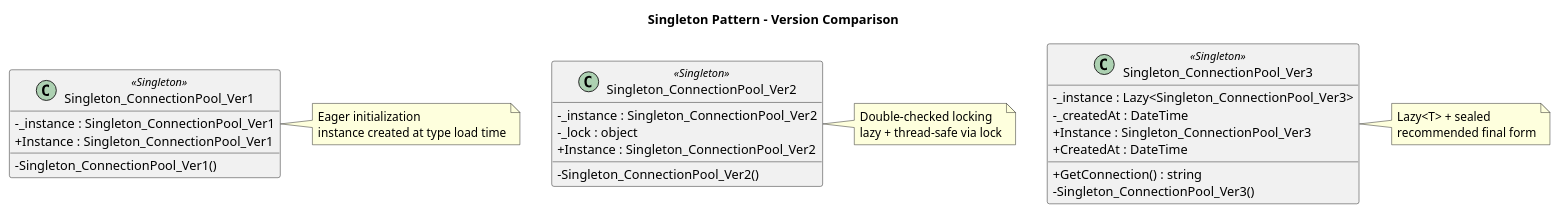
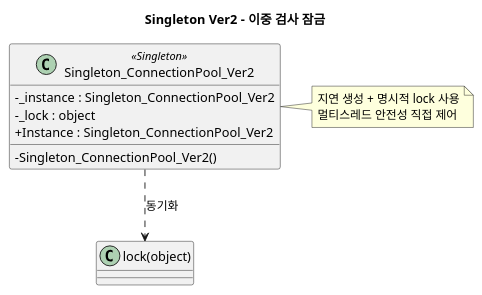
One commit to newbigwater/Design-Pattern changed the second of 3 diagrams in doc/01. Creational Pattern/01.01. Signleton.md. Above: the diagram before and after it, drawn with PlantUML. The commit also changed other lines of this file and 19 other files, not shown here.

````diff
--- a/doc/01. Creational Pattern/01.01. Signleton.md
+++ b/doc/01. Creational Pattern/01.01. Signleton.md
@@ -246,43 +94,21 @@
 ```plantuml
 @startuml
-title Singleton Pattern - Version Comparison
+title Singleton Ver2 - 이중 검사 잠금
 skinparam classAttributeIconSize 0
-
-class Singleton_ConnectionPool_Ver1 <<Singleton>> {
-  - _instance : Singleton_ConnectionPool_Ver1
-  + Instance : Singleton_ConnectionPool_Ver1
-  - Singleton_ConnectionPool_Ver1()
-}
 
 class Singleton_ConnectionPool_Ver2 <<Singleton>> {
   - _instance : Singleton_ConnectionPool_Ver2
   - _lock : object
   + Instance : Singleton_ConnectionPool_Ver2
   - Singleton_ConnectionPool_Ver2()
 }
 
-class Singleton_ConnectionPool_Ver3 <<Singleton>> {
-  - _instance : Lazy<Singleton_ConnectionPool_Ver3>
-  - _createdAt : DateTime
-  + Instance : Singleton_ConnectionPool_Ver3
-  + CreatedAt : DateTime
-  + GetConnection() : string
-  - Singleton_ConnectionPool_Ver3()
-}
-
-note right of Singleton_ConnectionPool_Ver1
-Eager initialization
-instance created at type load time
-end note
+class "lock(object)" as LockBlock
+Singleton_ConnectionPool_Ver2 ..> LockBlock : 동기화
 
 note right of Singleton_ConnectionPool_Ver2
-Double-checked locking
-lazy + thread-safe via lock
-end note
-
-note right of Singleton_ConnectionPool_Ver3
-Lazy<T> + sealed
-recommended final form
+지연 생성 + 명시적 lock 사용
+멀티스레드 안전성 직접 제어
 end note
 @enduml
 ```
````
